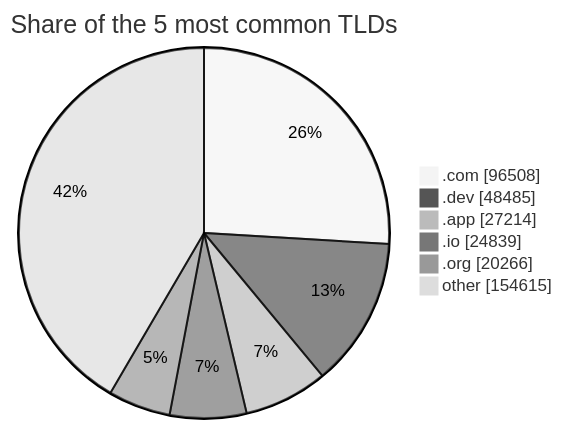
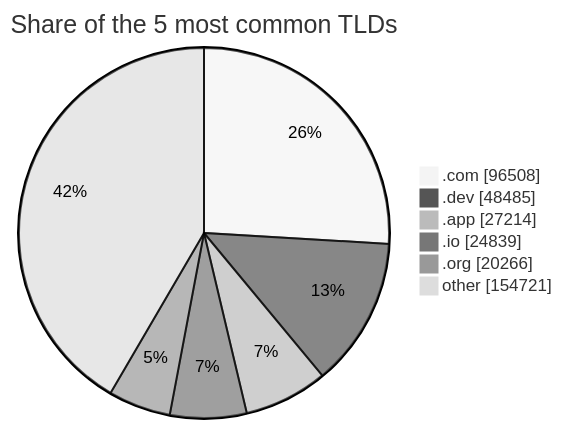
The third of 3 diagrams in README.md (DNSBunker/CTI), drawn with Mermaid (neutral theme) before and after one commit. The commit also changed other lines of this file and 3 other files, not shown here.

````diff
--- a/README.md
+++ b/README.md
@@ -81,9 +81,9 @@
 ```mermaid
 pie showData title Share of the 5 most common TLDs
     ".com" : 96508
     ".dev" : 48485
     ".app" : 27214
     ".io" : 24839
     ".org" : 20266
-    "other" : 154615
+    "other" : 154721
 ```
````
